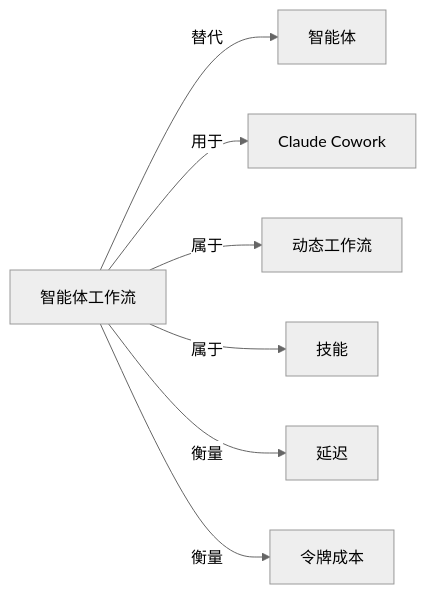
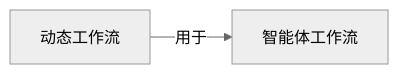
Before and after one commit to yibie/claude-best-practices-zh: the diagram in wiki/智能体工作流.md, drawn with Mermaid (neutral theme). The commit also changed other lines of this file and 407 other files, not shown here.

Commit message:
feat: DeepSeek 三遍审校（译文/关系/图谱）+ 可部署静态站点

````diff
--- a/wiki/智能体工作流.md
+++ b/wiki/智能体工作流.md
@@ -48,10 +45,5 @@
 ```mermaid
 graph LR
   C["智能体工作流"]
-  C -->|替代| N0["智能体"]
-  C -->|用于| N1["Claude Cowork"]
-  C -->|属于| N2["动态工作流"]
-  C -->|属于| N3["技能"]
-  C -->|衡量| N4["延迟"]
-  C -->|衡量| N5["令牌成本"]
+  N0["动态工作流"] -->|用于| C
 ```
````
